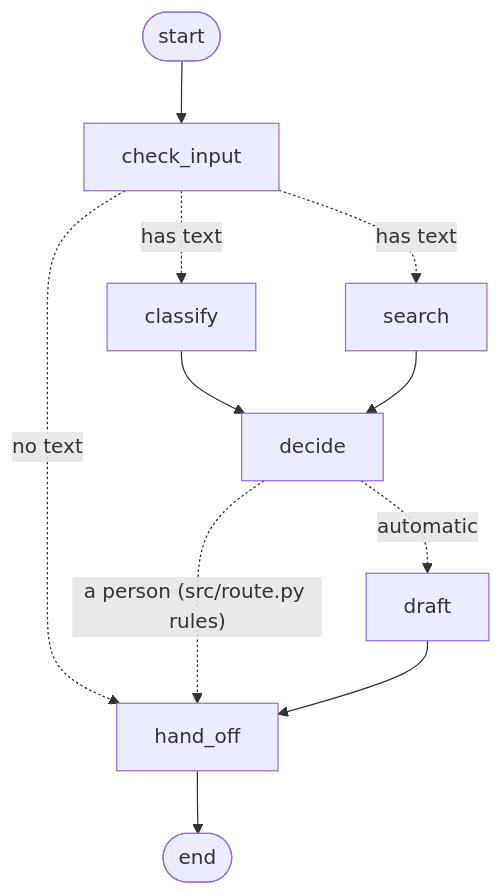
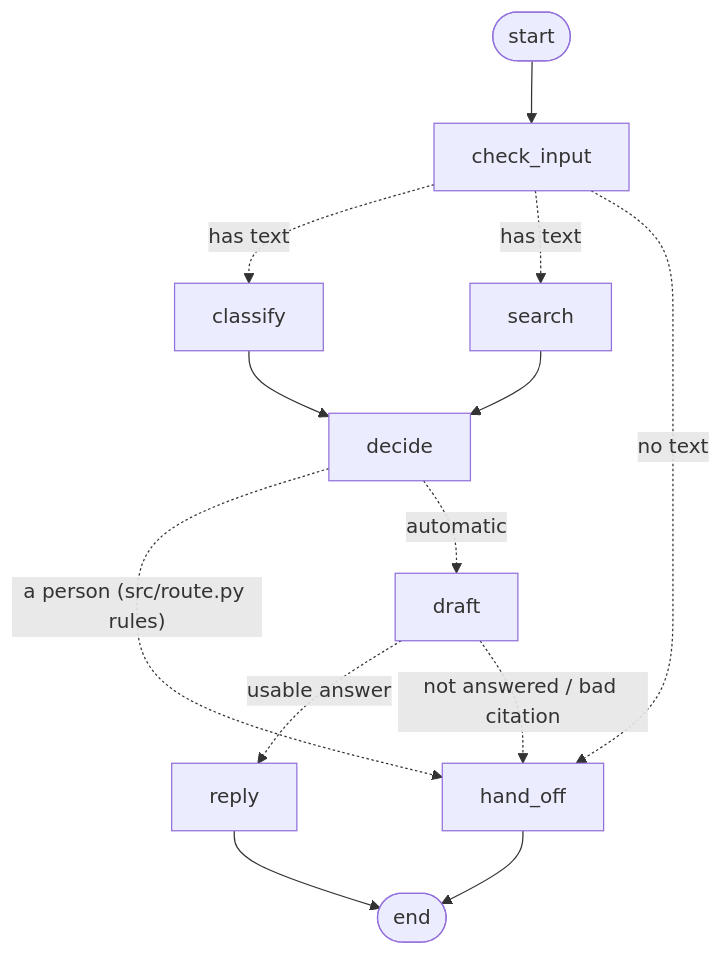
One commit to sanjaya/cloudserve-support-triage changed the diagram in docs/architecture.md. Above: the diagram before and after it, drawn with Mermaid. The commit also changed other lines of this file and 14 other files, not shown here.

````diff
--- a/docs/architecture.md
+++ b/docs/architecture.md
@@ -21,13 +21,15 @@
 ```mermaid
 graph TD
     START([start]) --> check_input
     check_input -. has text .-> classify
     check_input -. has text .-> search
     check_input -. no text .-> hand_off
     classify --> decide
     search --> decide
     decide -. "a person (src/route.py rules)" .-> hand_off
     decide -. "automatic" .-> draft
-    draft --> hand_off
-    hand_off --> END([end])
+    draft -. "usable answer" .-> reply
+    draft -. "not answered / bad citation" .-> hand_off
+    reply --> END([end])
+    hand_off --> END
 ```
````
